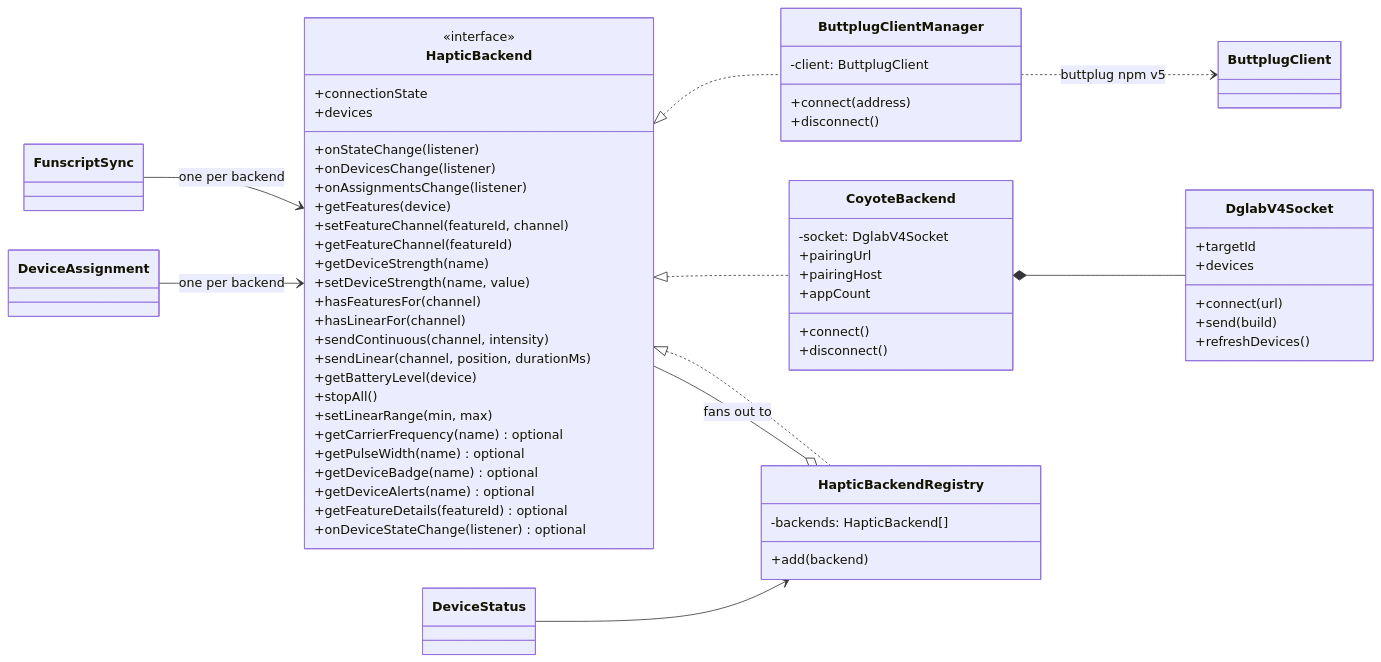
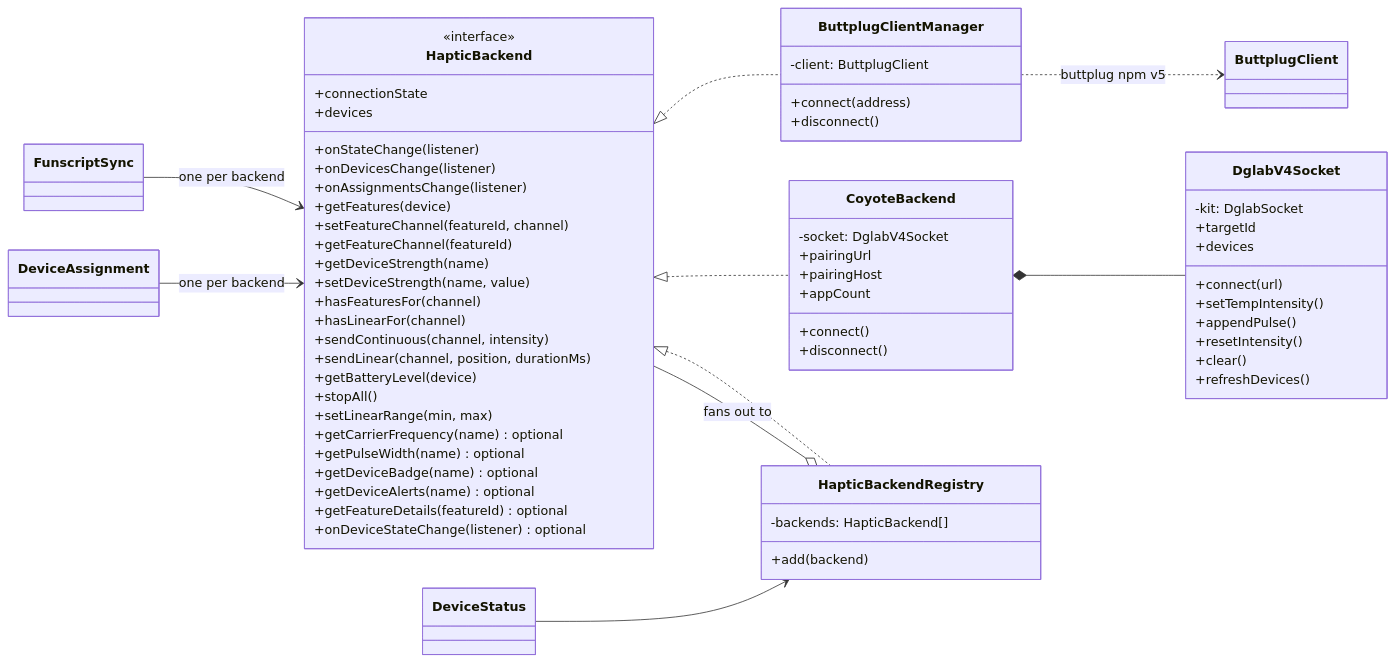
One commit to lumbar-spine-support/docker-haptic-player changed the second of 7 diagrams in docs/developer/haptics.md. Above: the diagram before and after it, drawn with Mermaid. The commit also changed other lines of this file and 14 other files, not shown here.

````diff
--- a/docs/developer/haptics.md
+++ b/docs/developer/haptics.md
@@ -51,69 +51,73 @@
 ```mermaid
 classDiagram
   direction LR
   class HapticBackend {
     <<interface>>
     +connectionState
     +devices
     +onStateChange(listener)
     +onDevicesChange(listener)
     +onAssignmentsChange(listener)
     +getFeatures(device)
     +setFeatureChannel(featureId, channel)
     +getFeatureChannel(featureId)
     +getDeviceStrength(name)
     +setDeviceStrength(name, value)
     +hasFeaturesFor(channel)
     +hasLinearFor(channel)
     +sendContinuous(channel, intensity)
     +sendLinear(channel, position, durationMs)
     +getBatteryLevel(device)
     +stopAll()
     +setLinearRange(min, max)
     +getCarrierFrequency(name) optional
     +getPulseWidth(name) optional
     +getDeviceBadge(name) optional
     +getDeviceAlerts(name) optional
     +getFeatureDetails(featureId) optional
     +onDeviceStateChange(listener) optional
   }
 
   class ButtplugClientManager {
     -client: ButtplugClient
     +connect(address)
     +disconnect()
   }
   class CoyoteBackend {
     -socket: DglabV4Socket
     +connect()
     +disconnect()
     +pairingUrl
     +pairingHost
     +appCount
   }
   class HapticBackendRegistry {
     -backends: HapticBackend[]
     +add(backend)
   }
   class DglabV4Socket {
+    -kit: DglabSocket
     +connect(url)
-    +send(build)
+    +setTempIntensity()
+    +appendPulse()
+    +resetIntensity()
+    +clear()
     +refreshDevices()
     +targetId
     +devices
   }
 
   HapticBackend <|.. ButtplugClientManager
   HapticBackend <|.. CoyoteBackend
   HapticBackend <|.. HapticBackendRegistry
   HapticBackendRegistry o-- HapticBackend : fans out to
   CoyoteBackend *-- DglabV4Socket
   ButtplugClientManager ..> ButtplugClient : buttplug npm v5
 
   class FunscriptSync
   class DeviceAssignment
   class DeviceStatus
   FunscriptSync --> HapticBackend : one per backend
   DeviceAssignment --> HapticBackend : one per backend
   DeviceStatus --> HapticBackendRegistry
 ```
````
